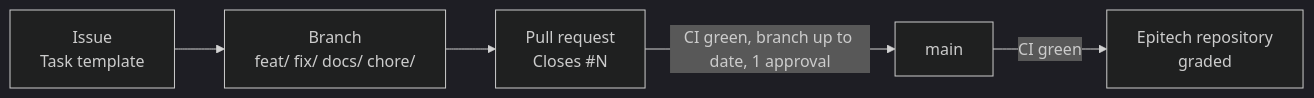
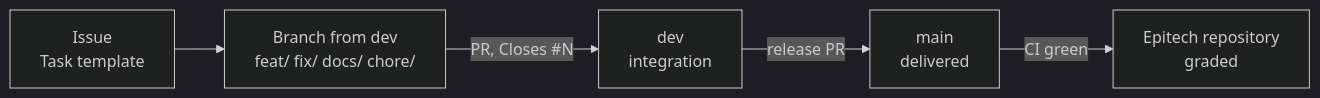
Before and after one commit to Nexlein/Area-Flow: the diagram in HOWTOCONTRIBUTE.md, drawn with Mermaid (dark theme). The commit also changed other lines of this file and 3 other files, not shown here.

Commit message:
docs: document the dev branch flow and the mirror environment

````diff
--- a/HOWTOCONTRIBUTE.md
+++ b/HOWTOCONTRIBUTE.md
@@ -17,5 +17,5 @@
 ```mermaid
 flowchart LR
-  I[Issue<br/>Task template] --> B[Branch<br/>feat/ fix/ docs/ chore/] --> P[Pull request<br/>Closes #N]
-  P -->|CI green, branch up to date, 1 approval| M[main] -->|CI green| E[Epitech repository<br/>graded]
+  I[Issue<br/>Task template] --> B[Branch from dev<br/>feat/ fix/ docs/ chore/] -->|PR, Closes #N| D[dev<br/>integration]
+  D -->|release PR| M[main<br/>delivered] -->|CI green| E[Epitech repository<br/>graded]
 ```
````
